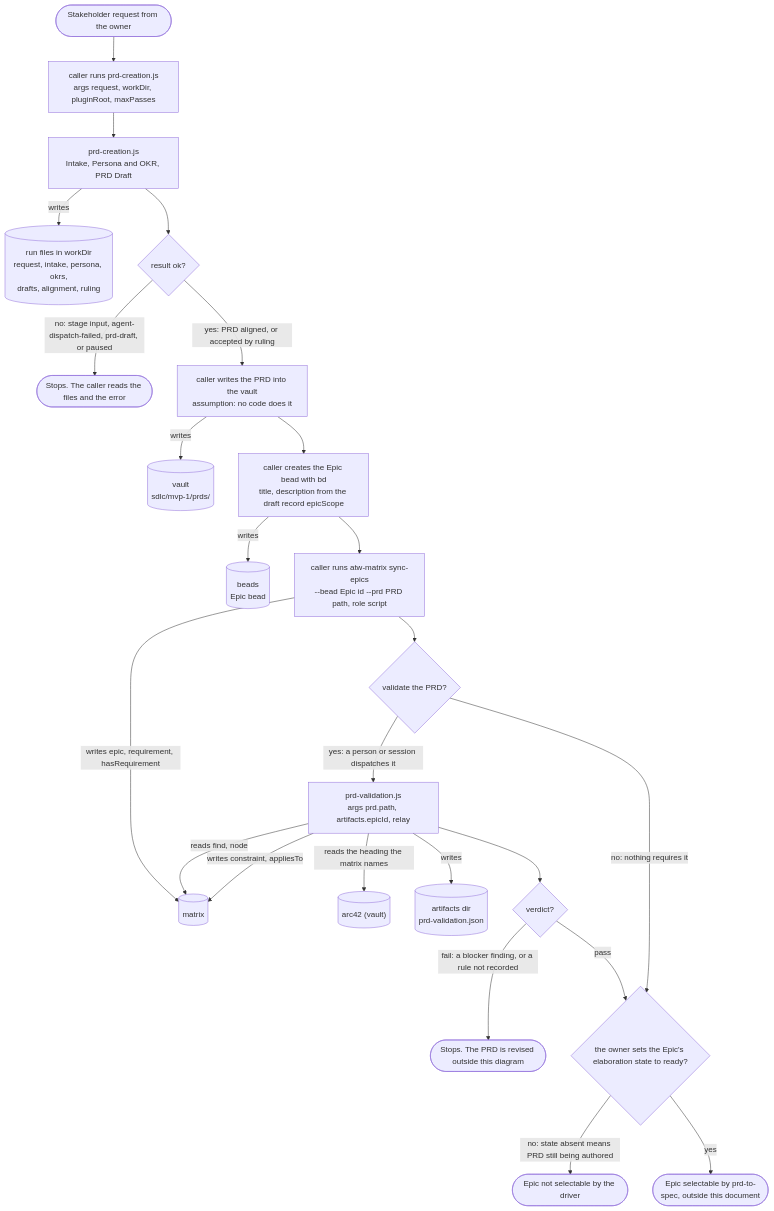
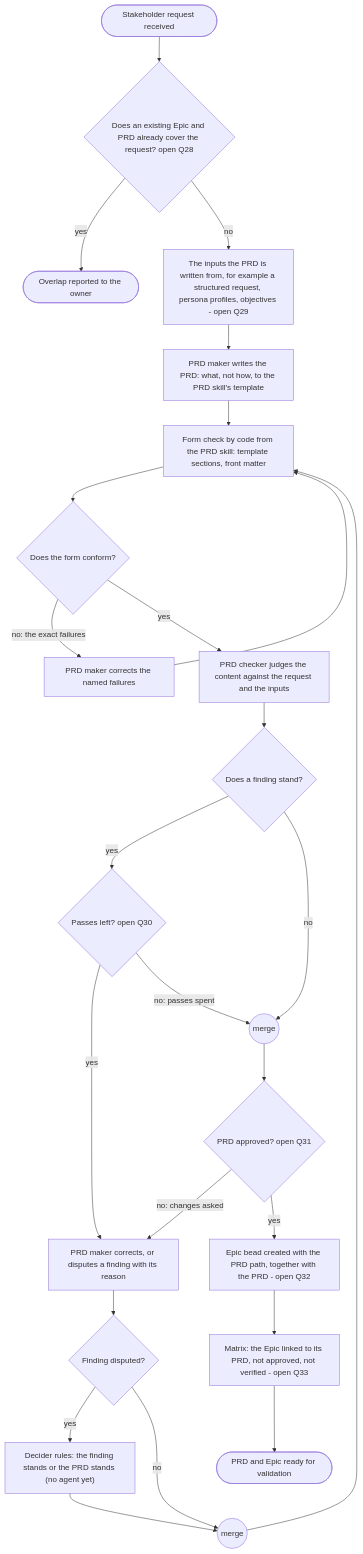
One commit to mark-satterfield/toolset changed the second of 6 diagrams in plugins/agent-teams-workforce/blueprint/design/pipelines-prd.md. Above: the diagram before and after it, drawn with Mermaid. The commit also changed other lines of this file and 7 other files, not shown here.

First line of the commit message:
docs(blueprint): show PRD, build, deploy and driver pipelines only as the owner wants them

````diff
--- a/plugins/agent-teams-workforce/blueprint/design/pipelines-prd.md
+++ b/plugins/agent-teams-workforce/blueprint/design/pipelines-prd.md
@@ -53,26 +100,27 @@
 ```mermaid
 flowchart TD
-  S([Stakeholder request from the owner]) --> C1["caller runs prd-creation.js<br/>args request, workDir, pluginRoot, maxPasses"]
-  C1 --> PC["prd-creation.js<br/>Intake, Persona and OKR, PRD Draft"]
-  PC -->|writes| WD[("run files in workDir<br/>request, intake, persona, okrs,<br/>drafts, alignment, ruling")]
-  PC --> R1{"result ok?"}
-  R1 -->|"no: stage input, agent-dispatch-failed, prd-draft, or paused"| F1([Stops. The caller reads the files and the error])
-  R1 -->|"yes: PRD aligned, or accepted by ruling"| C2["caller writes the PRD into the vault<br/>assumption: no code does it"]
-  C2 -->|writes| V[("vault<br/>sdlc/mvp-1/prds/")]
-  C2 --> C3["caller creates the Epic bead with bd<br/>title, description from the draft record epicScope"]
-  C3 -->|writes| B[("beads<br/>Epic bead")]
-  C3 --> C4["caller runs atw-matrix sync-epics<br/>--bead Epic id --prd PRD path, role script"]
-  C4 -->|writes epic, requirement, hasRequirement| M[("matrix")]
-  C4 --> D1{"validate the PRD?"}
-  D1 -->|"yes: a person or session dispatches it"| PV["prd-validation.js<br/>args prd.path, artifacts.epicId, relay"]
-  PV -->|reads find, node| M
-  PV -->|"reads the heading the matrix names"| A42[("arc42 (vault)")]
-  PV -->|"writes constraint, appliesTo"| M
-  PV -->|writes| AD[("artifacts dir<br/>prd-validation.json")]
-  PV --> R2{"verdict?"}
-  R2 -->|"fail: a blocker finding, or a rule not recorded"| F2([Stops. The PRD is revised outside this diagram])
-  R2 -->|pass| D2
-  D1 -->|"no: nothing requires it"| D2{"the owner sets the Epic's elaboration state to ready?"}
-  D2 -->|"no: state absent means PRD still being authored"| W([Epic not selectable by the driver])
-  D2 -->|yes| E([Epic selectable by prd-to-spec, outside this document])
+    s(["Stakeholder request received"]) --> overlap{"Does an existing Epic and PRD already cover the request? open Q28"}
+    overlap -->|"yes"| told(["Overlap reported to the owner"])
+    overlap -->|"no"| inputs["The inputs the PRD is written from, for example a structured request, persona profiles, objectives - open Q29"]
+    inputs --> write["PRD maker writes the PRD: what, not how, to the PRD skill's template"]
+    write --> form["Form check by code from the PRD skill: template sections, front matter"]
+    form --> formOk{"Does the form conform?"}
+    formOk -->|"no: the exact failures"| fixForm["PRD maker corrects the named failures"]
+    fixForm --> form
+    formOk -->|"yes"| check["PRD checker judges the content against the request and the inputs"]
+    check --> found{"Does a finding stand?"}
+    found -->|"yes"| passes{"Passes left? open Q30"}
+    passes -->|"yes"| correct["PRD maker corrects, or disputes a finding with its reason"]
+    correct --> disputed{"Finding disputed?"}
+    disputed -->|"yes"| rule["Decider rules: the finding stands or the PRD stands (no agent yet)"]
+    disputed -->|"no"| m1(("merge"))
+    rule --> m1
+    m1 --> form
+    passes -->|"no: passes spent"| m2(("merge"))
+    found -->|"no"| m2
+    m2 --> approve{"PRD approved? open Q31"}
+    approve -->|"no: changes asked"| correct
+    approve -->|"yes"| epic["Epic bead created with the PRD path, together with the PRD - open Q32"]
+    epic --> link["Matrix: the Epic linked to its PRD, not approved, not verified - open Q33"]
+    link --> e(["PRD and Epic ready for validation"])
 ```
````
